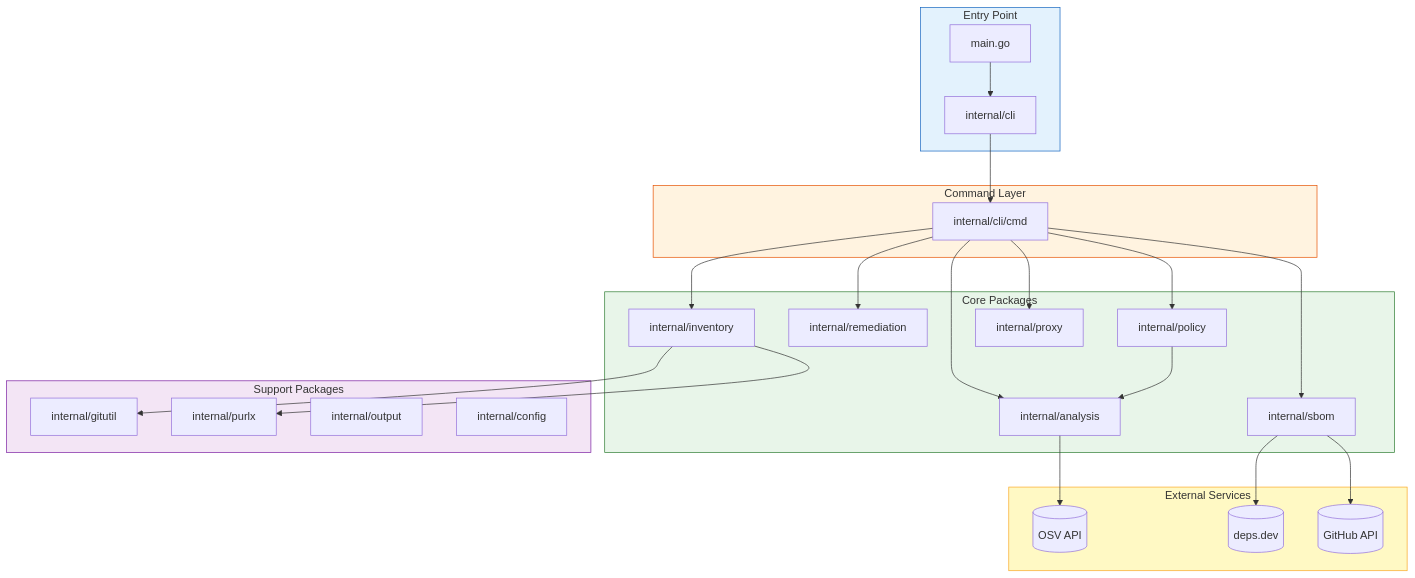
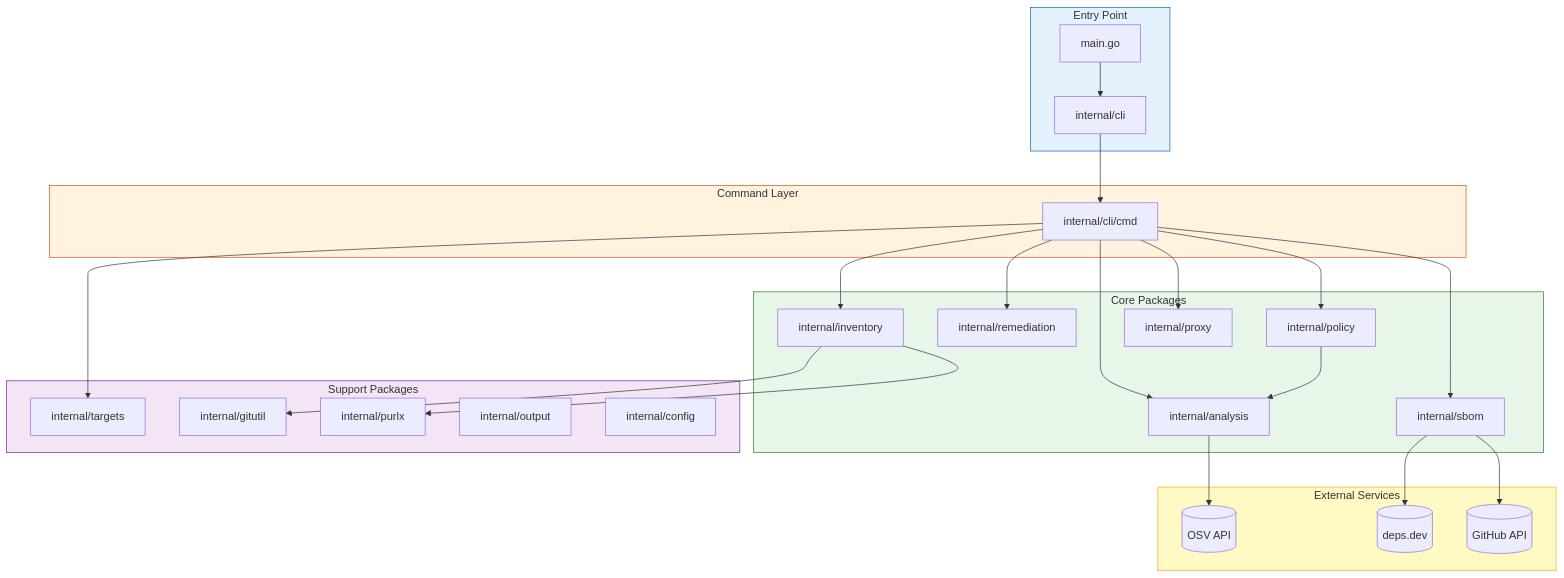
Before and after one commit to temporalio/deputy: the first of 7 diagrams in docs/development/architecture.md, drawn with Mermaid. The commit also changed other lines of this file and 125 other files, not shown here.

````diff
--- a/docs/development/architecture.md
+++ b/docs/development/architecture.md
@@ -7,47 +7,48 @@
 ```mermaid
 flowchart TB
   subgraph Entry["Entry Point"]
     Main[main.go]
     CLI[internal/cli]
   end
 
   subgraph Commands["Command Layer"]
     CMD[internal/cli/cmd]
   end
 
   subgraph Core["Core Packages"]
     Inv[internal/inventory]
     Analysis[internal/analysis]
     Remed[internal/remediation]
     SBOM[internal/sbom]
     Policy[internal/policy]
     Proxy[internal/proxy]
   end
 
   subgraph Support["Support Packages"]
+    Targets[internal/targets]
     Git[internal/gitutil]
     PURL[internal/purlx]
     Out[internal/output]
     Config[internal/config]
   end
 
   subgraph External["External Services"]
     OSV[(OSV API)]
     DepsD[(deps.dev)]
     GH[(GitHub API)]
   end
 
   Main --> CLI
   CLI --> CMD
-  CMD --> Inv & Analysis & Remed & SBOM & Policy & Proxy
+  CMD --> Inv & Analysis & Remed & SBOM & Policy & Proxy & Targets
   Inv --> PURL & Git
   Analysis --> OSV
   SBOM --> DepsD & GH
   Policy --> Analysis
 
   style Entry fill:#e3f2fd,stroke:#1565c0
   style Commands fill:#fff3e0,stroke:#e65100
   style Core fill:#e8f5e9,stroke:#2e7d32
   style Support fill:#f3e5f5,stroke:#7b1fa2
   style External fill:#fff9c4,stroke:#f9a825
 ```
````
